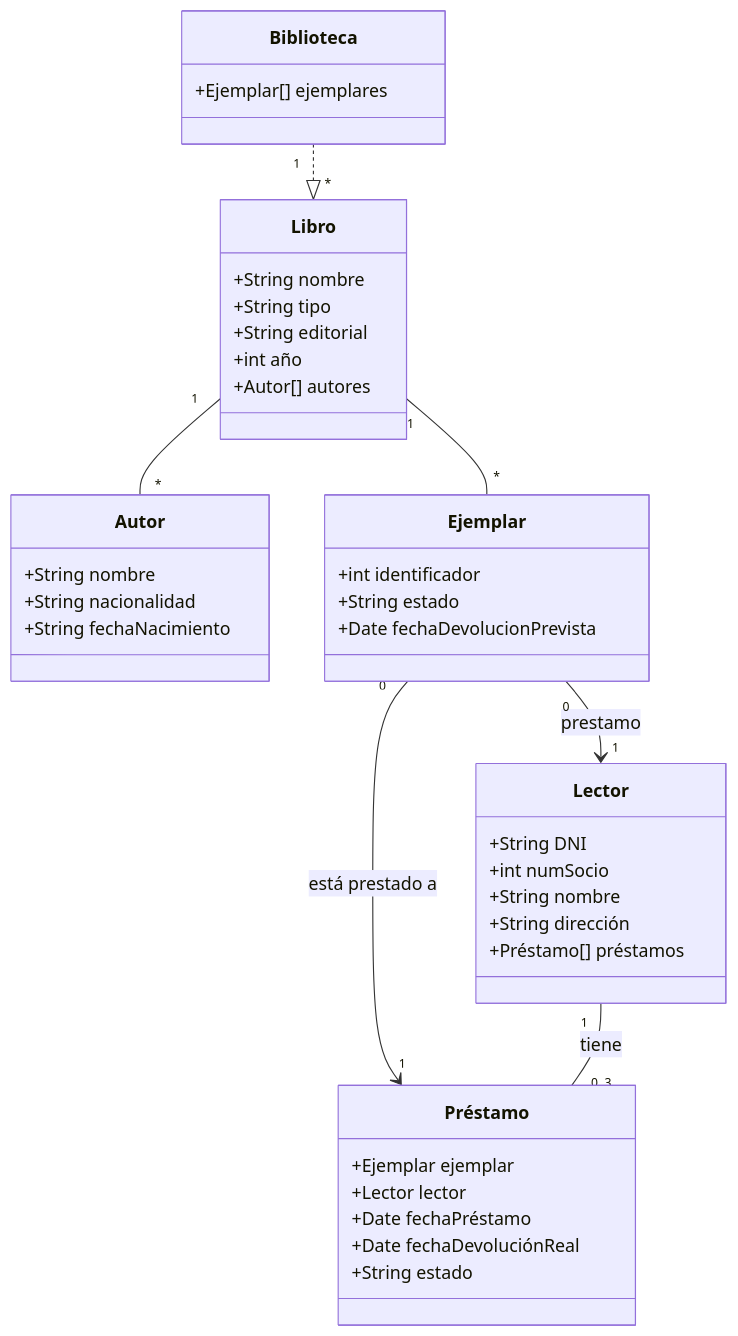
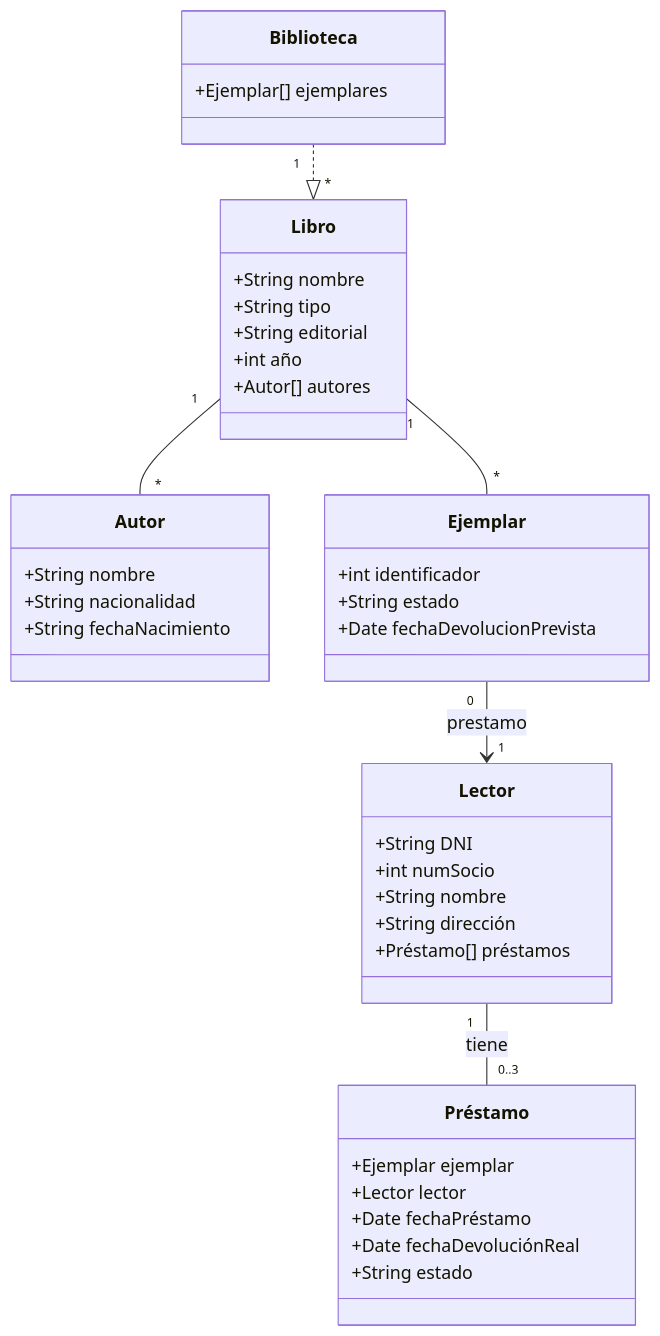
One commit to mmp3065/DiagramaRel changed the diagram in diagrama.md. Above: the diagram before and after it, drawn with Mermaid.

````diff
--- a/diagrama.md
+++ b/diagrama.md
@@ -1,45 +1,44 @@
 ```mermaid
 
 classDiagram
 
     class Libro{
       +String nombre
       +String tipo
       +String editorial
       +int año
       +Autor[] autores
     }
     class Biblioteca{
         +Ejemplar[] ejemplares
     }
     class Autor{
       +String nombre
       +String nacionalidad
       +String fechaNacimiento
     }
     class Ejemplar{
         +int identificador
         +String estado
         +Date fechaDevolucionPrevista
     }
     class Lector{
         +String DNI
         +int numSocio
         +String nombre
         +String dirección 
         +Préstamo[] préstamos
     }
     class Préstamo{
         +Ejemplar ejemplar
         +Lector lector
         +Date fechaPréstamo
         +Date fechaDevoluciónReal
         +String estado
     }
     Libro "1" -- "*" Ejemplar
     Libro "1" -- "*" Autor
     Ejemplar "0" --> "1" Lector : prestamo
     Biblioteca "1"..|> "*" Libro
-    Ejemplar "0" --> "1" Préstamo : está prestado a
     Lector "1" -- "0..3" Préstamo : tiene
 ```
````
